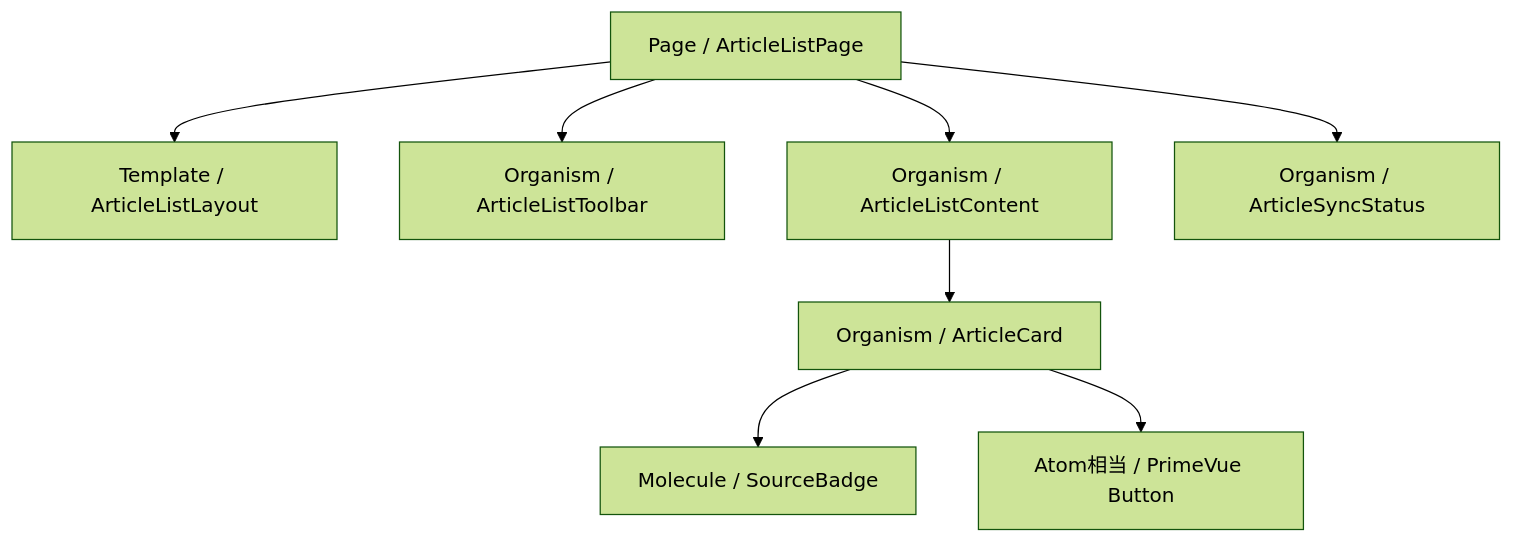
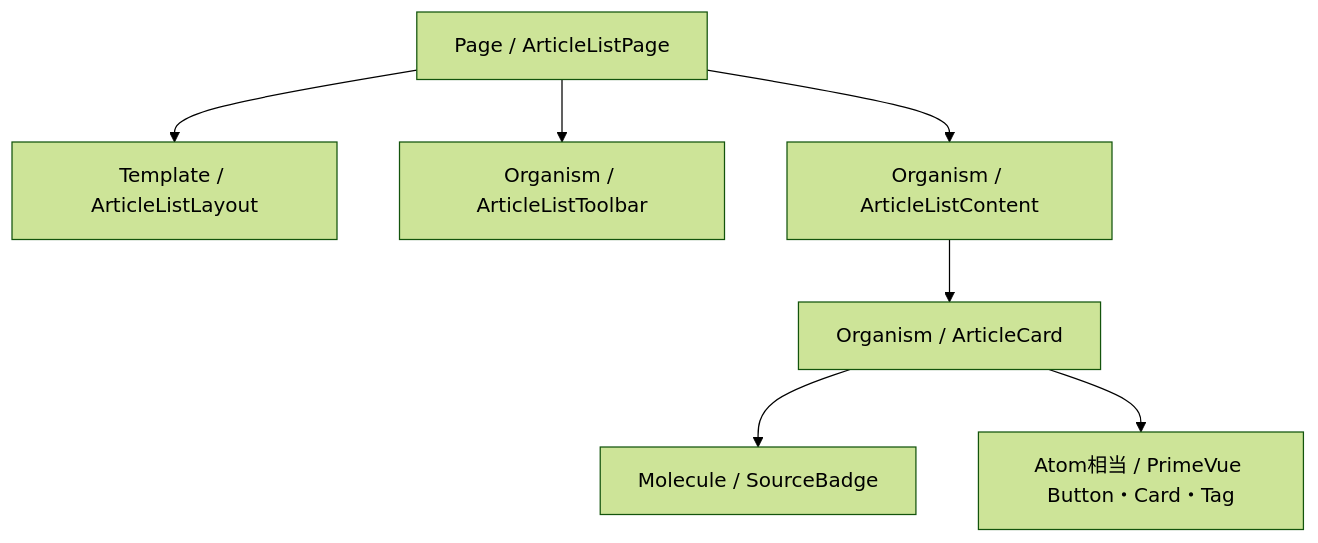
One commit to BeppuKanato/it-discovery changed the fourth of 4 diagrams in docs/frontend-architecture.md. Above: the diagram before and after it, drawn with Mermaid (forest theme). The commit also changed other lines of this file and 9 other files, not shown here.

````diff
--- a/docs/frontend-architecture.md
+++ b/docs/frontend-architecture.md
@@ -186,10 +103,9 @@
 ```mermaid
 flowchart TB
-  Page[Page / ArticleListPage] --> Template[Template / ArticleListLayout]
+  Page[Page / ArticleListPage] --> Layout[Template / ArticleListLayout]
   Page --> Toolbar[Organism / ArticleListToolbar]
   Page --> Content[Organism / ArticleListContent]
-  Page --> Status[Organism / ArticleSyncStatus]
   Content --> Card[Organism / ArticleCard]
   Card --> Badge[Molecule / SourceBadge]
-  Card --> Button[Atom相当 / PrimeVue Button]
+  Card --> Atom[Atom相当 / PrimeVue Button・Card・Tag]
 ```
````
